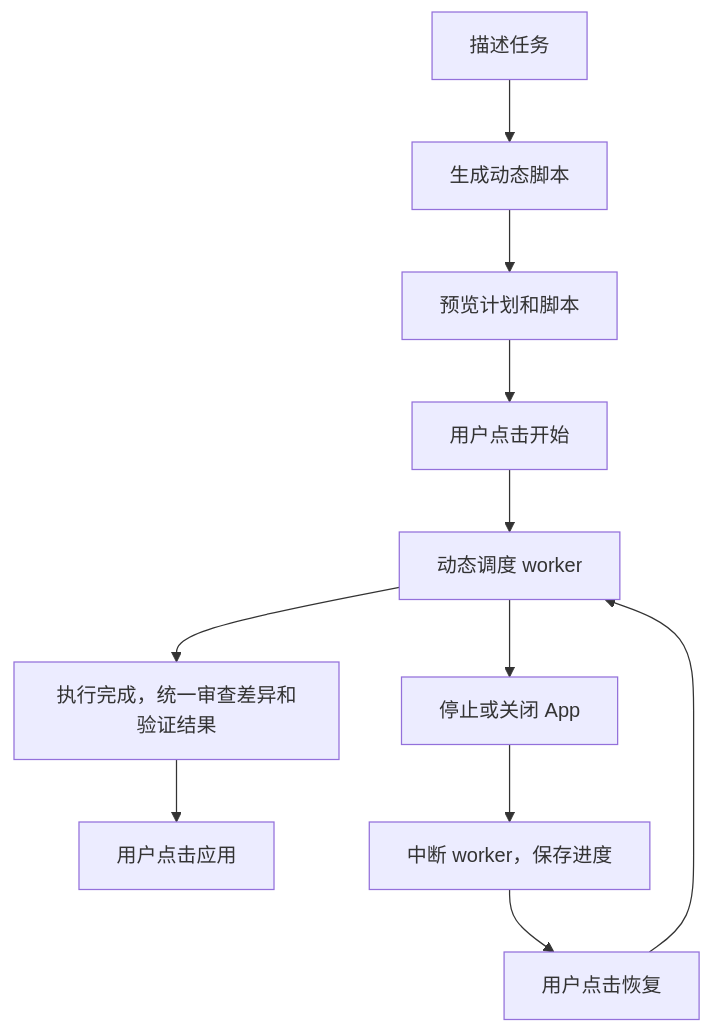
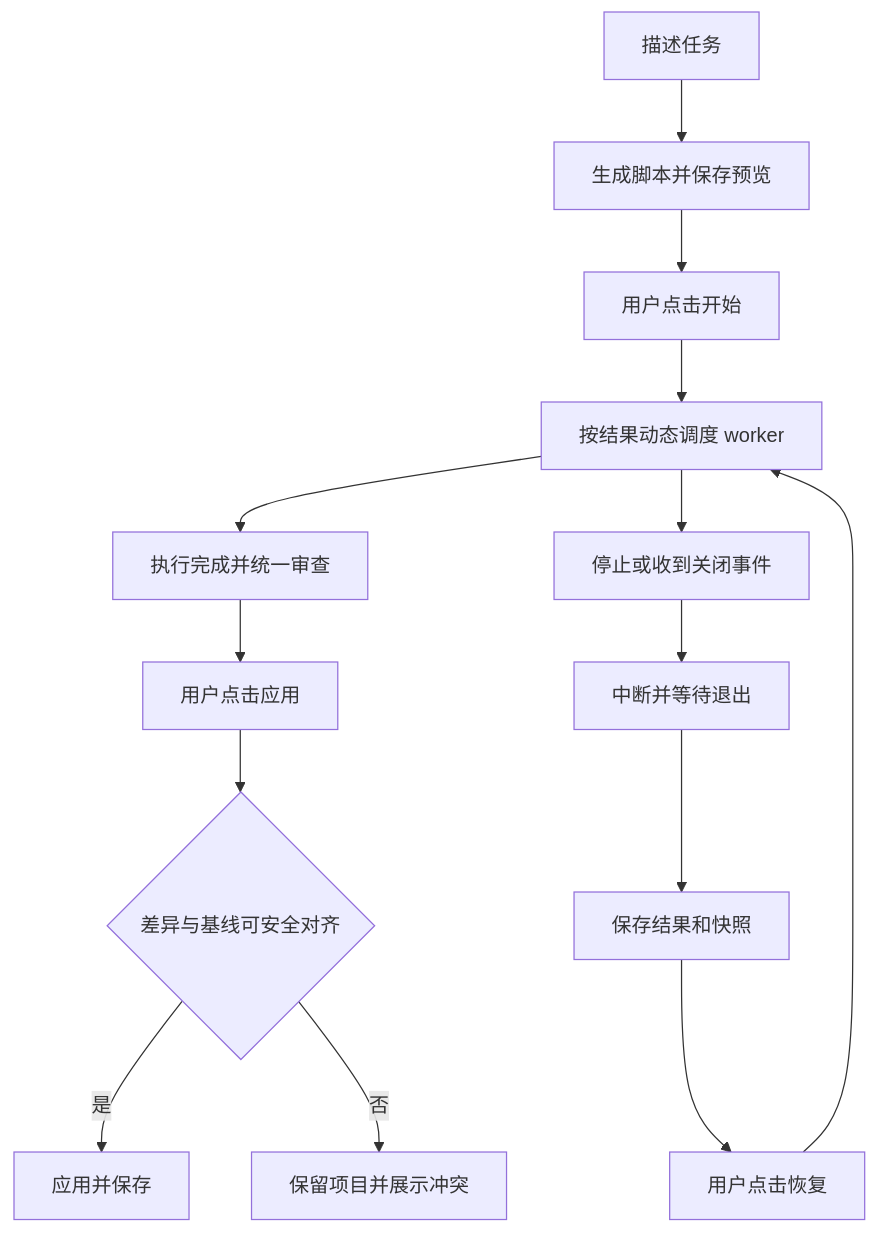
Before and after one commit to doomclouds/CodexPlugin: the diagram in plugins/workflows/docs/design.md, drawn with Mermaid. The commit also changed other lines of this file and 45 other files, not shown here.

````diff
--- a/plugins/workflows/docs/design.md
+++ b/plugins/workflows/docs/design.md
@@ -43,13 +34,16 @@
 ```mermaid
 flowchart TD
-  A[描述任务] --> B[生成动态脚本]
-  B --> C[预览计划和脚本]
-  C --> D[用户点击开始]
-  D --> E[动态调度 worker]
-  E --> F[执行完成，统一审查差异和验证结果]
-  F --> G[用户点击应用]
-  E --> H[停止或关闭 App]
-  H --> I[中断 worker，保存进度]
-  I --> J[用户点击恢复]
-  J --> E
+  A[描述任务] --> B[生成脚本并保存预览]
+  B --> C[用户点击开始]
+  C --> D[按结果动态调度 worker]
+  D --> E[执行完成并统一审查]
+  E --> F[用户点击应用]
+  F --> G{差异与基线可安全对齐}
+  G -->|是| H[应用并保存]
+  G -->|否| I[保留项目并展示冲突]
+  D --> J[停止或收到关闭事件]
+  J --> K[中断并等待退出]
+  K --> L[保存结果和快照]
+  L --> M[用户点击恢复]
+  M --> D
 ```
````
